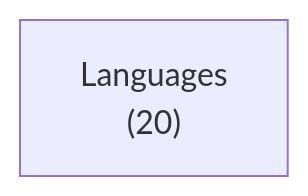
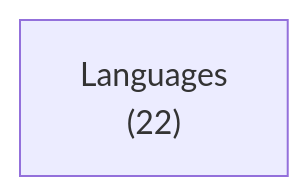
The first of 2 diagrams in docs/lib/language/c/depends.md (ruudkoot/rune), drawn with Mermaid before and after one commit. The commit also changed other lines of this file and 75 other files, not shown here.

````diff
--- a/docs/lib/language/c/depends.md
+++ b/docs/lib/language/c/depends.md
@@ -24,4 +24,4 @@
 ```mermaid
 flowchart LR
-  a0["Languages<br>(20)"]
+  a0["Languages<br>(22)"]
 ```
````
